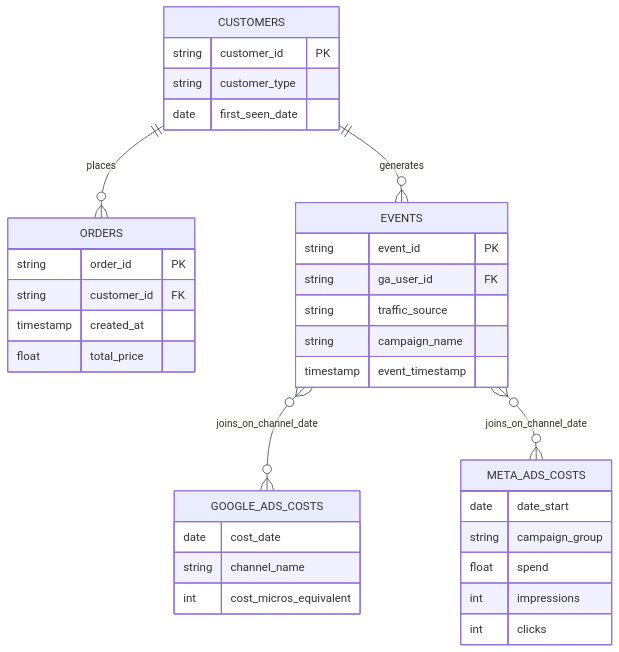
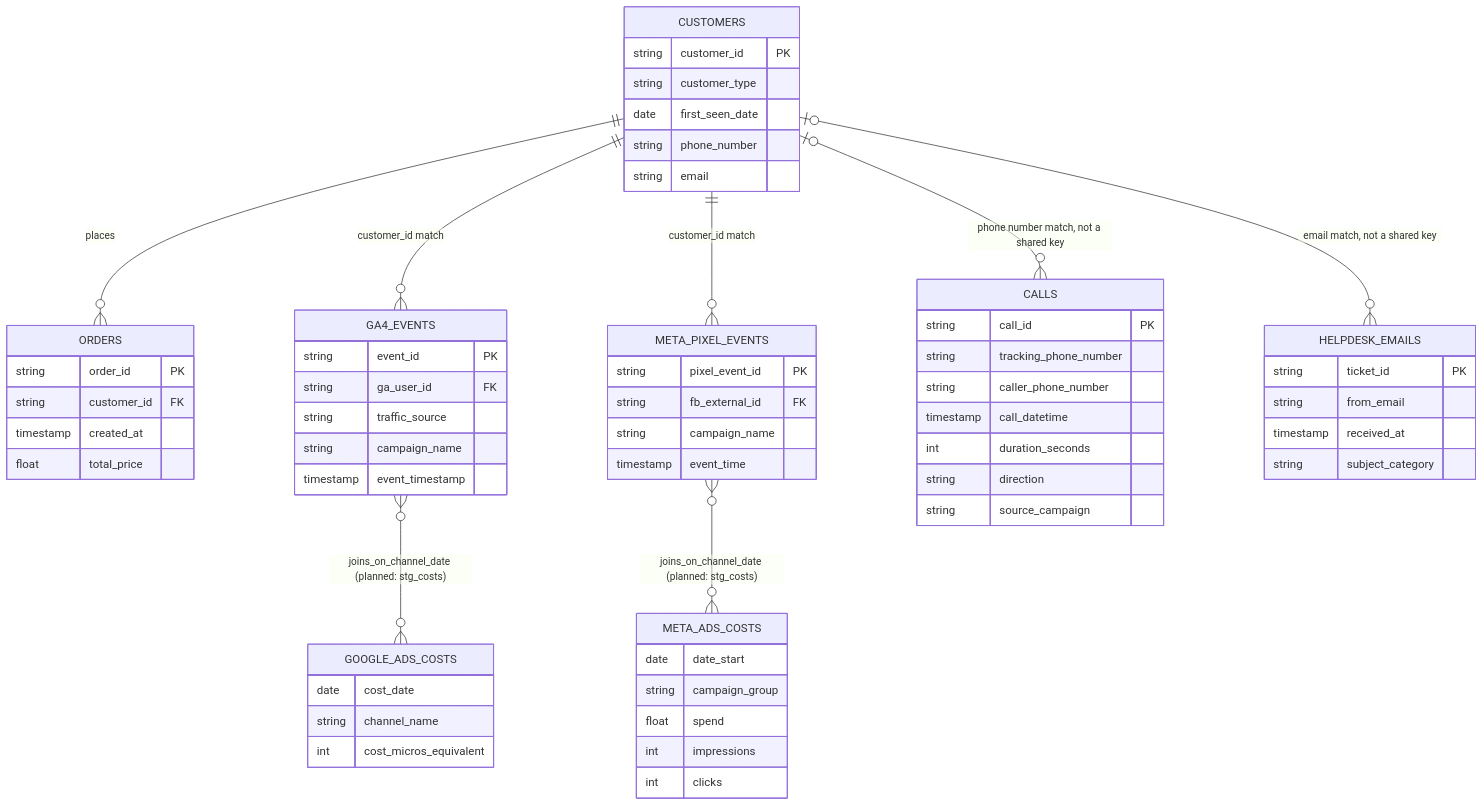
Before and after one commit to numesh4/multi-touch-attribution-dbt: the first of 2 diagrams in docs/schema-erd.md, drawn with Mermaid. The commit also changed other lines of this file and 2 other files, not shown here.

Commit message:
docs: sync methodology, ERD, and README with current source schema and model state

````diff
--- a/docs/schema-erd.md
+++ b/docs/schema-erd.md
@@ -5,37 +5,63 @@
 ```mermaid
 erDiagram
   CUSTOMERS ||--o{ ORDERS : "places"
-  CUSTOMERS ||--o{ EVENTS : "generates"
-  EVENTS }o--o{ GOOGLE_ADS_COSTS : "joins_on_channel_date"
-  EVENTS }o--o{ META_ADS_COSTS : "joins_on_channel_date"
+  CUSTOMERS ||--o{ GA4_EVENTS : "customer_id match"
+  CUSTOMERS ||--o{ META_PIXEL_EVENTS : "customer_id match"
+  CUSTOMERS |o--o{ CALLS : "phone number match, not a shared key"
+  CUSTOMERS |o--o{ HELPDESK_EMAILS : "email match, not a shared key"
+  GA4_EVENTS }o--o{ GOOGLE_ADS_COSTS : "joins_on_channel_date (planned: stg_costs)"
+  META_PIXEL_EVENTS }o--o{ META_ADS_COSTS : "joins_on_channel_date (planned: stg_costs)"
   CUSTOMERS {
     string customer_id PK
     string customer_type
     date first_seen_date
+    string phone_number
+    string email
   }
   ORDERS {
     string order_id PK
     string customer_id FK
     timestamp created_at
     float total_price
   }
-  EVENTS {
+  GA4_EVENTS {
     string event_id PK
     string ga_user_id FK
     string traffic_source
     string campaign_name
     timestamp event_timestamp
+  }
+  META_PIXEL_EVENTS {
+    string pixel_event_id PK
+    string fb_external_id FK
+    string campaign_name
+    timestamp event_time
+  }
+  CALLS {
+    string call_id PK
+    string tracking_phone_number
+    string caller_phone_number
+    timestamp call_datetime
+    int duration_seconds
+    string direction
+    string source_campaign
+  }
+  HELPDESK_EMAILS {
+    string ticket_id PK
+    string from_email
+    timestamp received_at
+    string subject_category
   }
   GOOGLE_ADS_COSTS {
     date cost_date
     string channel_name
     int cost_micros_equivalent
   }
   META_ADS_COSTS {
     date date_start
     string campaign_group
     float spend
     int impressions
     int clicks
   }
 ```
````
